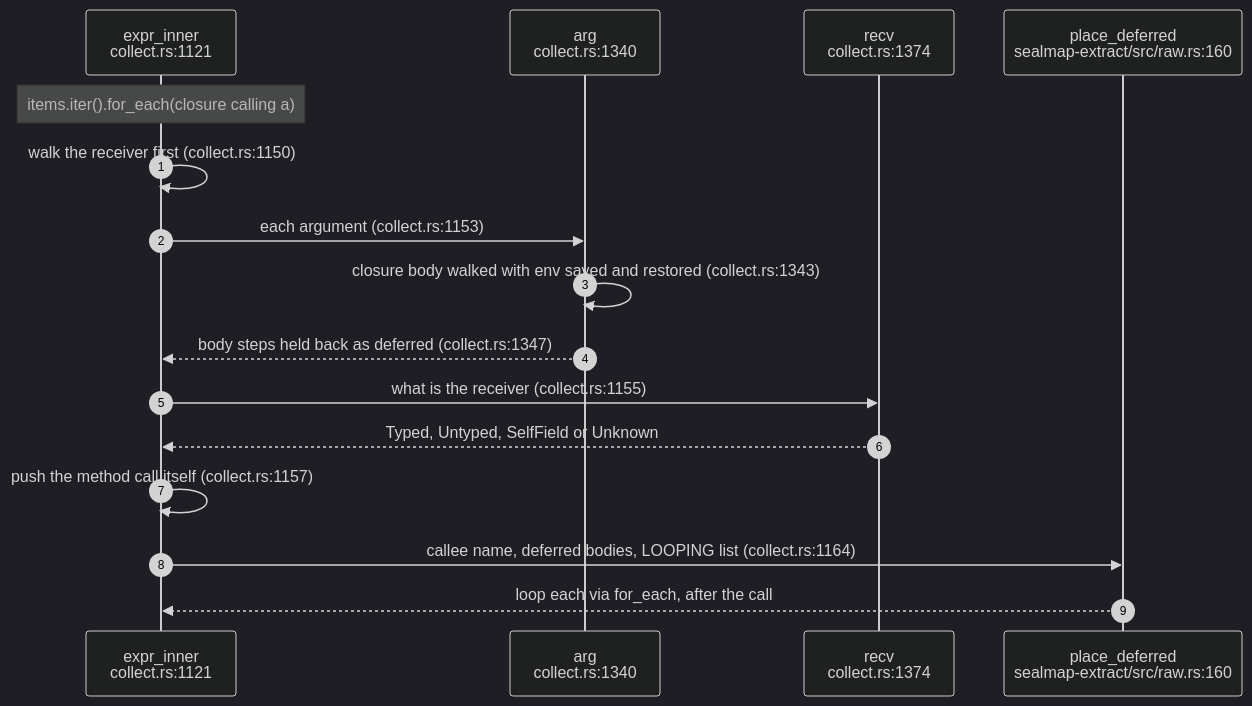
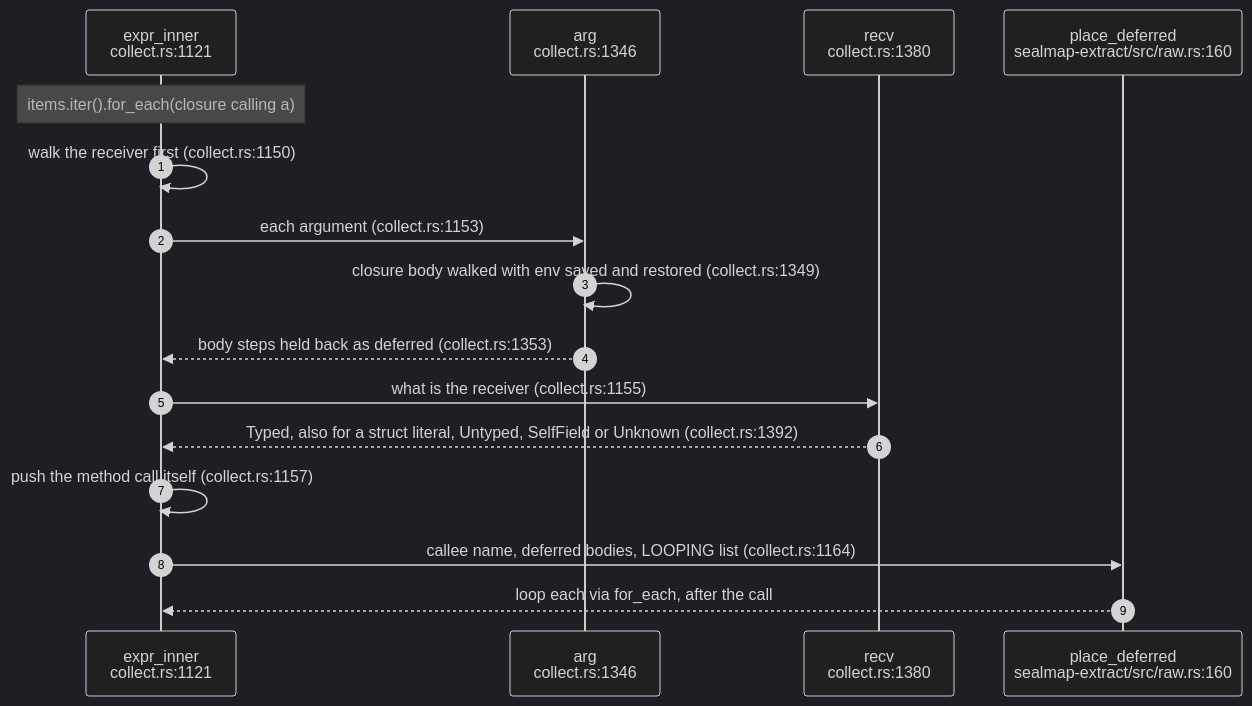
Before and after one commit to DreamLab-AI/codemaid: the second of 7 diagrams in docs/diagrams/extract/03-the-flow-walker-and-raw-ir.md, drawn with Mermaid (dark theme). The commit also changed other lines of this file and 23 other files, not shown here.

````diff
--- a/docs/diagrams/extract/03-the-flow-walker-and-raw-ir.md
+++ b/docs/diagrams/extract/03-the-flow-walker-and-raw-ir.md
@@ -109,18 +109,18 @@
 ```mermaid
 sequenceDiagram
     autonumber
     participant EI as expr_inner<br/>collect.rs:1121
-    participant AR as arg<br/>collect.rs:1340
-    participant RV as recv<br/>collect.rs:1374
+    participant AR as arg<br/>collect.rs:1346
+    participant RV as recv<br/>collect.rs:1380
     participant PD as place_deferred<br/>sealmap-extract/src/raw.rs:160
     Note over EI: items.iter().for_each(closure calling a)
     EI->>EI: walk the receiver first (collect.rs:1150)
     EI->>AR: each argument (collect.rs:1153)
-    AR->>AR: closure body walked with env saved and restored (collect.rs:1343)
-    AR-->>EI: body steps held back as deferred (collect.rs:1347)
+    AR->>AR: closure body walked with env saved and restored (collect.rs:1349)
+    AR-->>EI: body steps held back as deferred (collect.rs:1353)
     EI->>RV: what is the receiver (collect.rs:1155)
-    RV-->>EI: Typed, Untyped, SelfField or Unknown
+    RV-->>EI: Typed, also for a struct literal, Untyped, SelfField or Unknown (collect.rs:1392)
     EI->>EI: push the method call itself (collect.rs:1157)
     EI->>PD: callee name, deferred bodies, LOOPING list (collect.rs:1164)
     PD-->>EI: loop each via for_each, after the call
 ```
````
